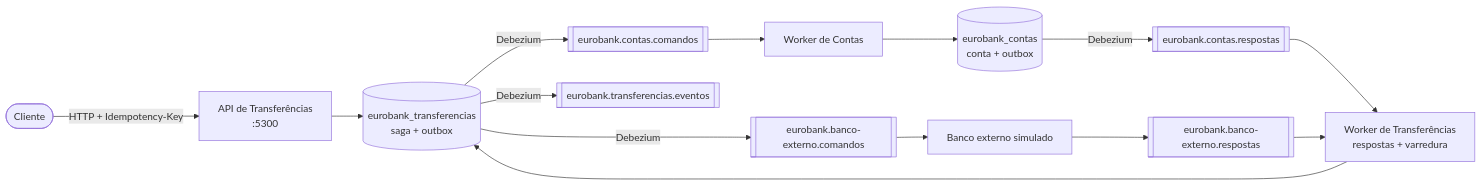
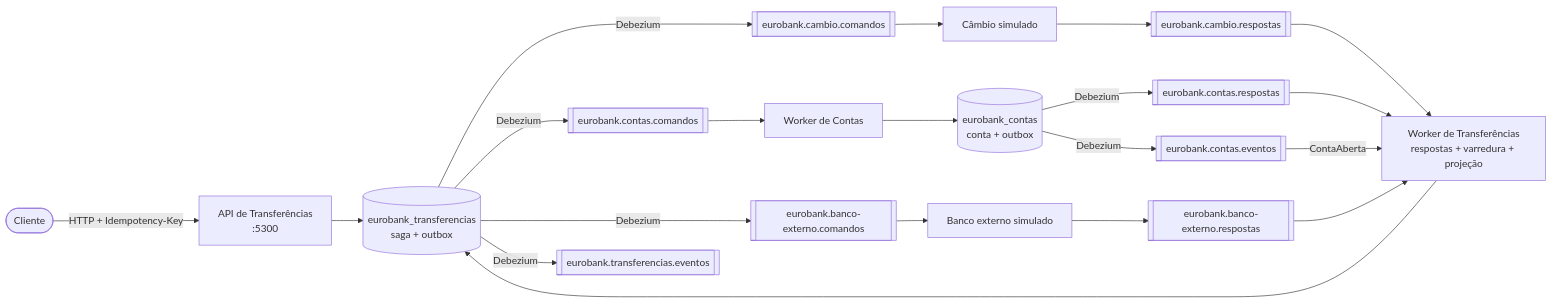
Before and after one commit to net0well/EuroBank: the third of 3 diagrams in README.md, drawn with Mermaid. The commit also changed other lines of this file, not shown here.

Commit message:
docs: readme com contas em várias moedas e as sagas de câmbio

````diff
--- a/README.md
+++ b/README.md
@@ -202,16 +254,22 @@
 ```mermaid
 flowchart LR
     cliente([Cliente]) -->|HTTP + Idempotency-Key| tapi[API de Transferências<br/>:5300]
     tapi --> pgt[(eurobank_transferencias<br/>saga + outbox)]
-    tworker[Worker de Transferências<br/>respostas + varredura] --> pgt
+    tworker[Worker de Transferências<br/>respostas + varredura + projeção] --> pgt
+    pgt -->|Debezium| xc[[eurobank.cambio.comandos]]
     pgt -->|Debezium| cc[[eurobank.contas.comandos]]
     pgt -->|Debezium| bc[[eurobank.banco-externo.comandos]]
     pgt -->|Debezium| te[[eurobank.transferencias.eventos]]
+    xc --> cambio[Câmbio simulado]
+    cambio --> xr[[eurobank.cambio.respostas]]
     cc --> cworker[Worker de Contas]
     cworker --> pgc[(eurobank_contas<br/>conta + outbox)]
     pgc -->|Debezium| cr[[eurobank.contas.respostas]]
+    pgc -->|Debezium| ce[[eurobank.contas.eventos]]
     bc --> banco[Banco externo simulado]
     banco --> br[[eurobank.banco-externo.respostas]]
+    xr --> tworker
     cr --> tworker
     br --> tworker
+    ce -->|ContaAberta| tworker
 ```
````
